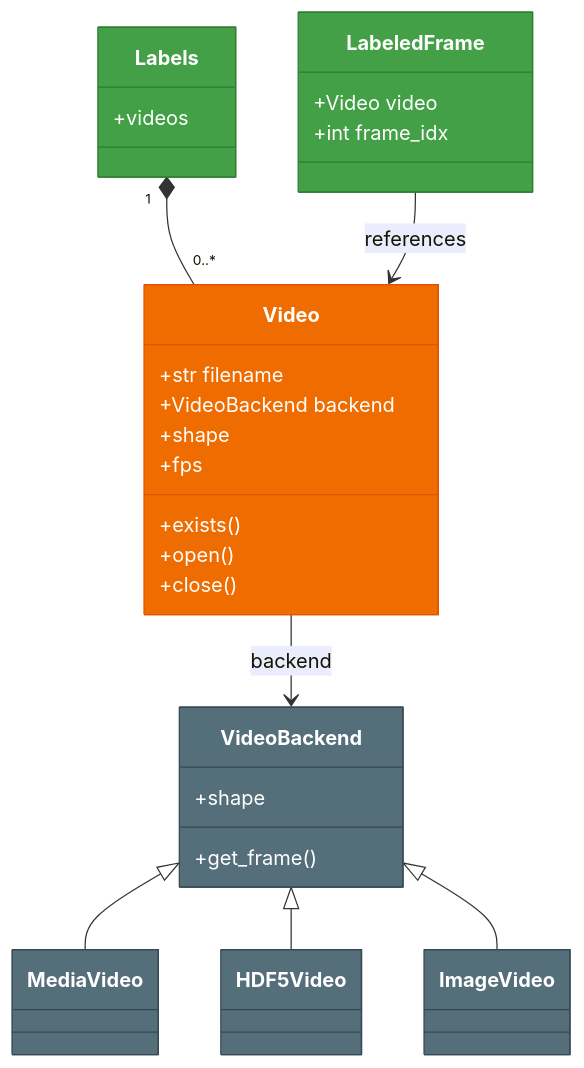
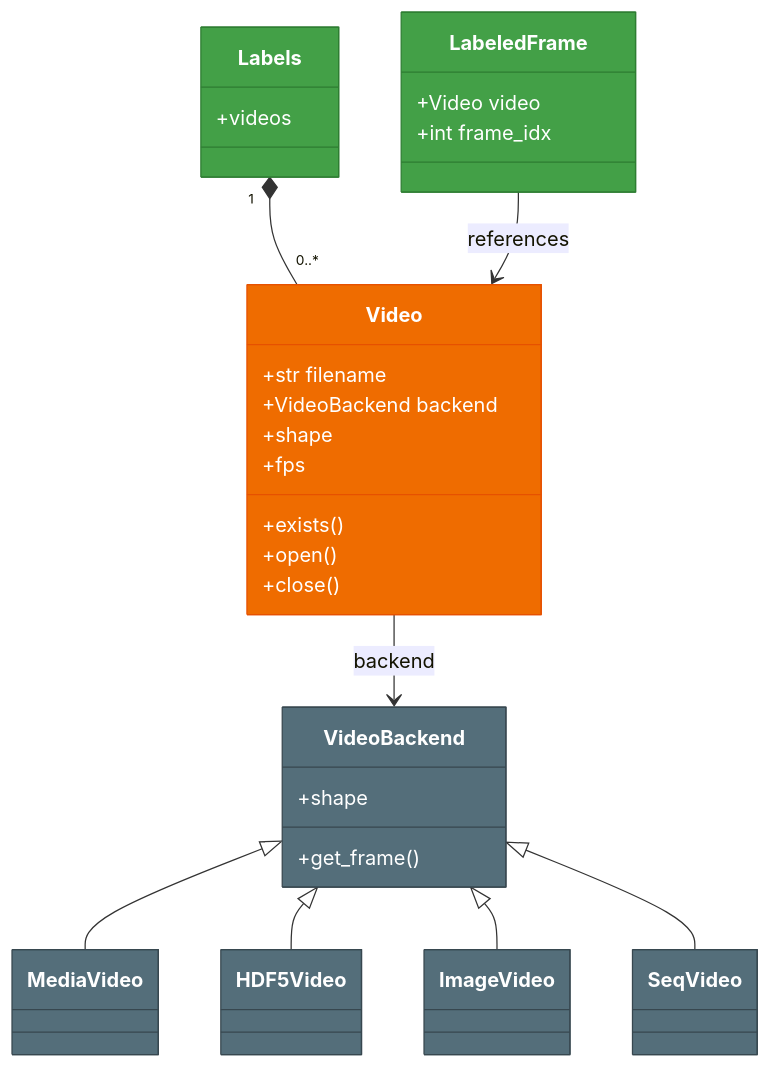
The diagram in docs/model/video.md (talmolab/sleap-io), drawn with Mermaid before and after one commit. The commit also changed other lines of this file and 3 other files, not shown here.

First line of the commit message:
test/docs: Add tests and documentation for .seq video support

````diff
--- a/docs/model/video.md
+++ b/docs/model/video.md
@@ -196,41 +198,43 @@
 ``` mermaid
 classDiagram
     class Video:::video {
         +str filename
         +VideoBackend backend
         +shape
         +fps
         +exists()
         +open()
         +close()
     }
 
     class Labels:::labels {
         +videos
     }
 
     class LabeledFrame:::labels {
         +Video video
         +int frame_idx
     }
 
     class VideoBackend:::backend {
         +shape
         +get_frame()
     }
 
     class MediaVideo:::backend
     class HDF5Video:::backend
     class ImageVideo:::backend
+    class SeqVideo:::backend
 
     Labels "1" *-- "0..*" Video
     LabeledFrame --> Video : references
     Video --> VideoBackend : backend
     VideoBackend <|-- MediaVideo
     VideoBackend <|-- HDF5Video
     VideoBackend <|-- ImageVideo
+    VideoBackend <|-- SeqVideo
 
     classDef video fill:#ef6c00,stroke:#e65100,color:#fff
     classDef labels fill:#43a047,stroke:#2e7d32,color:#fff
     classDef backend fill:#546e7a,stroke:#37474f,color:#fff
 ```
````
